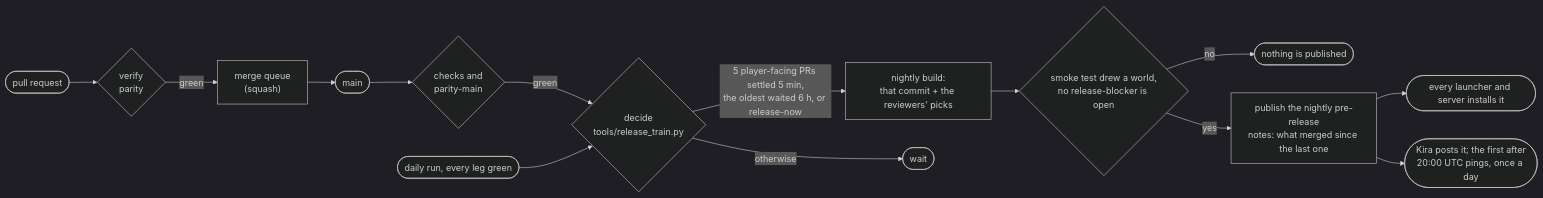
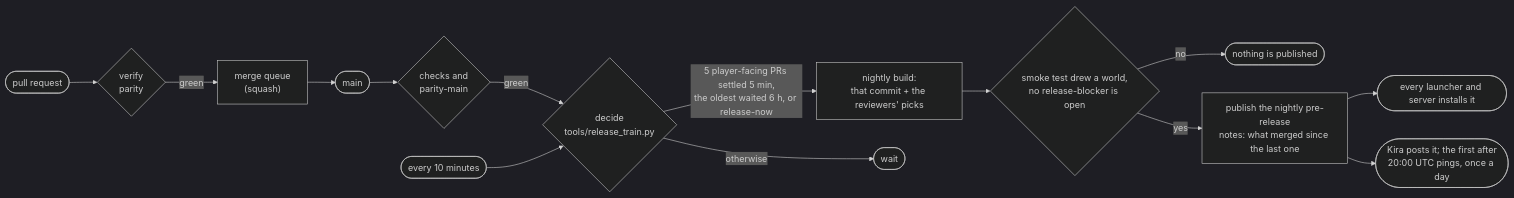
Before and after one commit to 0CYBER/horizon-free: the diagram in docs/release-flow.md, drawn with Mermaid (dark theme). The commit also changed other lines of this file and 24 other files, not shown here.

First line of the commit message:
Release: the SDK built and published by the Nightly; no snapshot or daily-green flow

````diff
--- a/docs/release-flow.md
+++ b/docs/release-flow.md
@@ -267,16 +206,16 @@
 ```mermaid
 flowchart LR
     pr(["pull request"]) --> checks{"verify<br/>parity"}
     checks -- green --> merge["merge queue<br/>(squash)"]
     merge --> main(["main"])
     main --> mainchecks{"checks and<br/>parity-main"}
     mainchecks -- green --> decide{"decide<br/>tools/release_train.py"}
-    daily(["daily run, every leg green"]) --> decide
+    cron(["every 10 minutes"]) --> decide
     decide -- "5 player-facing PRs settled 5 min,<br/>the oldest waited 6 h, or release-now" --> nightly["nightly build:<br/>that commit + the reviewers' picks"]
     decide -- otherwise --> wait(["wait"])
     nightly --> gate{"smoke test drew a world,<br/>no release-blocker is open"}
     gate -- no --> nothing(["nothing is published"])
     gate -- yes --> publish["publish the nightly pre-release<br/>notes: what merged since the last one"]
     publish --> launcher(["every launcher and server installs it"])
     publish --> kira(["Kira posts it; the first after<br/>20:00 UTC pings, once a day"])
 ```
````
